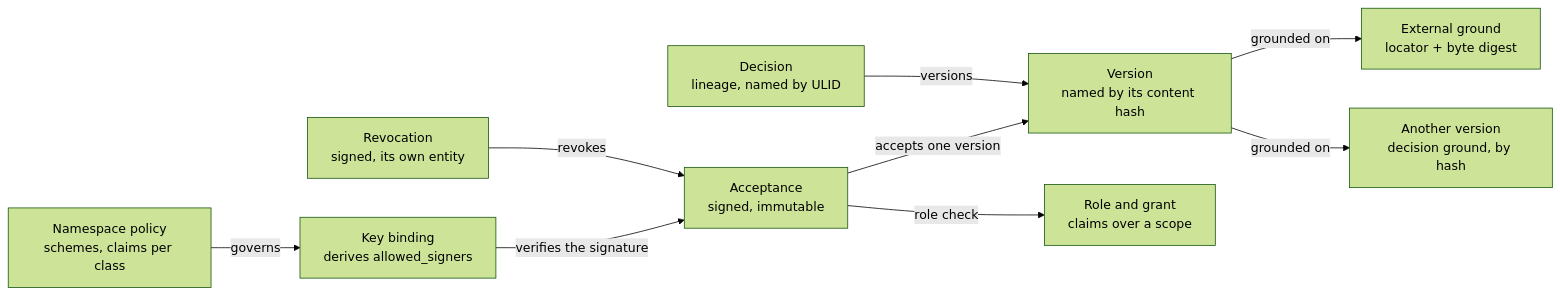
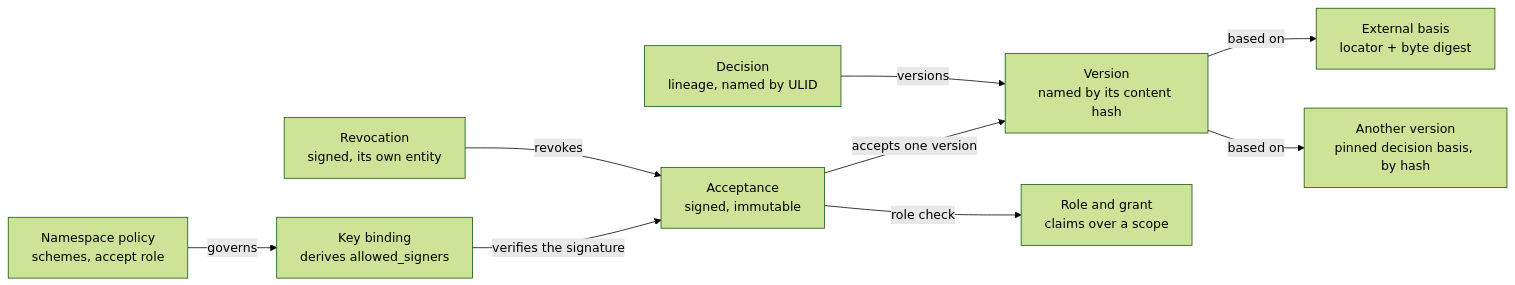
Before and after one commit to mindovermachine-dev/product-cli: the first of 2 diagrams in ledger/spec/ledger-protocol.md, drawn with Mermaid (forest theme). The commit also changed other lines of this file and 24 other files, not shown here.

````diff
--- a/ledger/spec/ledger-protocol.md
+++ b/ledger/spec/ledger-protocol.md
@@ -66,11 +76,11 @@
 ```mermaid
 flowchart LR
   Decision["Decision<br/>lineage, named by ULID"] -- versions --> Version["Version<br/>named by its content hash"]
-  Version -- grounded on --> Ground["External ground<br/>locator + byte digest"]
-  Version -- grounded on --> Other["Another version<br/>decision ground, by hash"]
+  Version -- based on --> Basis["External basis<br/>locator + byte digest"]
+  Version -- based on --> Other["Another version<br/>pinned decision basis, by hash"]
   Acceptance["Acceptance<br/>signed, immutable"] -- accepts one version --> Version
   Revocation["Revocation<br/>signed, its own entity"] -- revokes --> Acceptance
   Acceptance -- role check --> Grant["Role and grant<br/>claims over a scope"]
   Binding["Key binding<br/>derives allowed_signers"] -- verifies the signature --> Acceptance
-  Policy["Namespace policy<br/>schemes, claims per class"] -- governs --> Binding
+  Policy["Namespace policy<br/>schemes, accept role"] -- governs --> Binding
 ```
````
